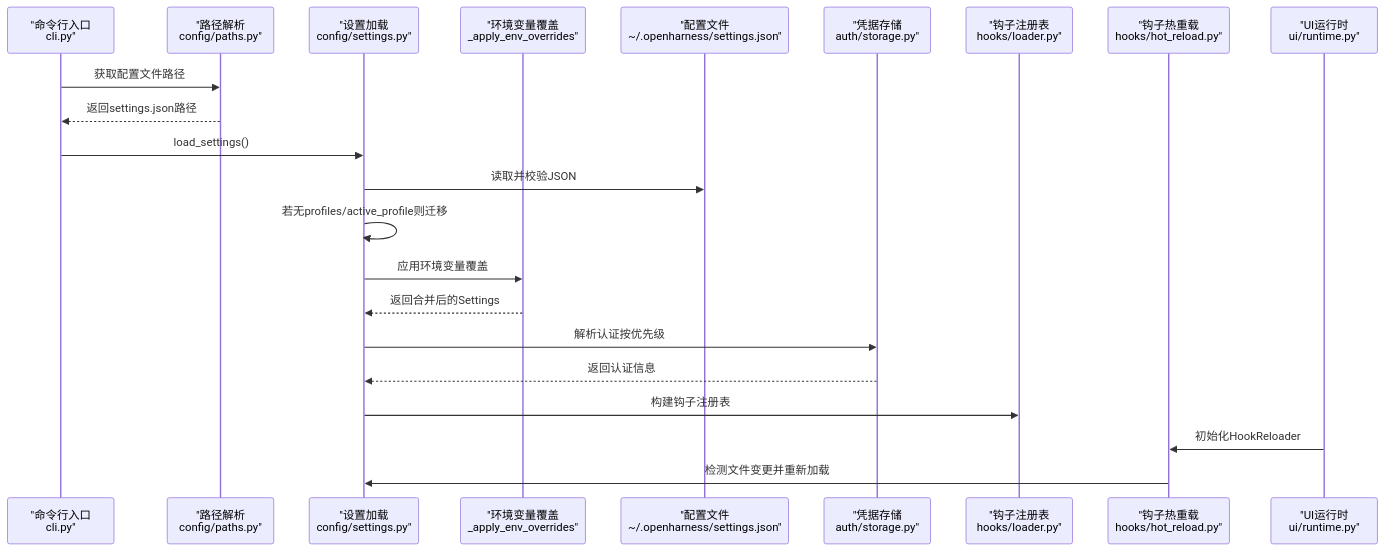
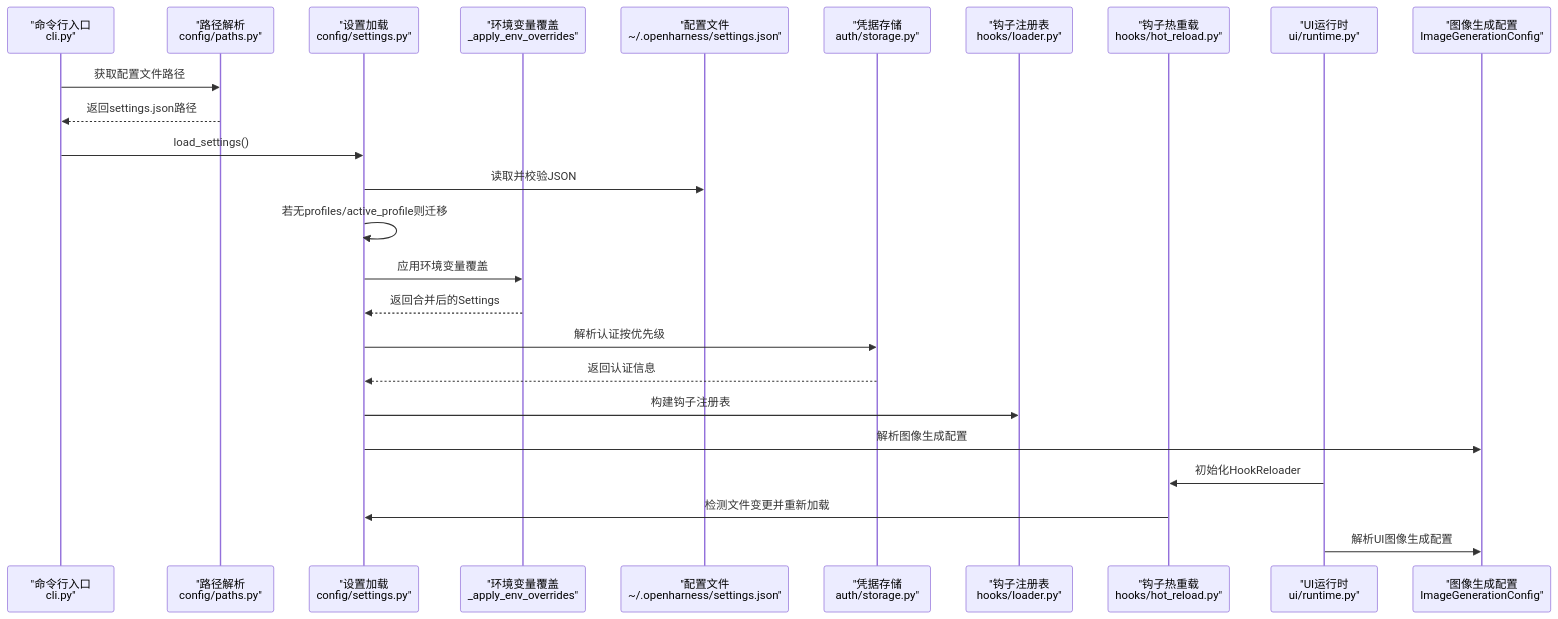
Before and after one commit to tea4go/OpenHarness: the second of 8 diagrams in .qoder/repowiki/zh/content/配置管理/配置管理.md, drawn with Mermaid. The commit also changed other lines of this file and 4 other files, not shown here.

First line of the commit message:
docs(ui): 增强UI运行时与图像生成工具支持

````diff
--- a/.qoder/repowiki/zh/content/配置管理/配置管理.md
+++ b/.qoder/repowiki/zh/content/配置管理/配置管理.md
@@ -119,24 +141,27 @@
 ```mermaid
 sequenceDiagram
 participant CLI as "命令行入口<br/>cli.py"
 participant Paths as "路径解析<br/>config/paths.py"
 participant Settings as "设置加载<br/>config/settings.py"
 participant Env as "环境变量覆盖<br/>_apply_env_overrides"
 participant File as "配置文件<br/>~/.openharness/settings.json"
 participant Auth as "凭据存储<br/>auth/storage.py"
 participant Hooks as "钩子注册表<br/>hooks/loader.py"
 participant Reloader as "钩子热重载<br/>hooks/hot_reload.py"
 participant Runtime as "UI运行时<br/>ui/runtime.py"
+participant ImageGen as "图像生成配置<br/>ImageGenerationConfig"
 CLI->>Paths : 获取配置文件路径
 Paths-->>CLI : 返回settings.json路径
 CLI->>Settings : load_settings()
 Settings->>File : 读取并校验JSON
 Settings->>Settings : 若无profiles/active_profile则迁移
 Settings->>Env : 应用环境变量覆盖
 Env-->>Settings : 返回合并后的Settings
 Settings->>Auth : 解析认证按优先级
 Auth-->>Settings : 返回认证信息
 Settings->>Hooks : 构建钩子注册表
+Settings->>ImageGen : 解析图像生成配置
 Runtime->>Reloader : 初始化HookReloader
 Reloader->>Settings : 检测文件变更并重新加载
+Runtime->>ImageGen : 解析UI图像生成配置
 ```
````
